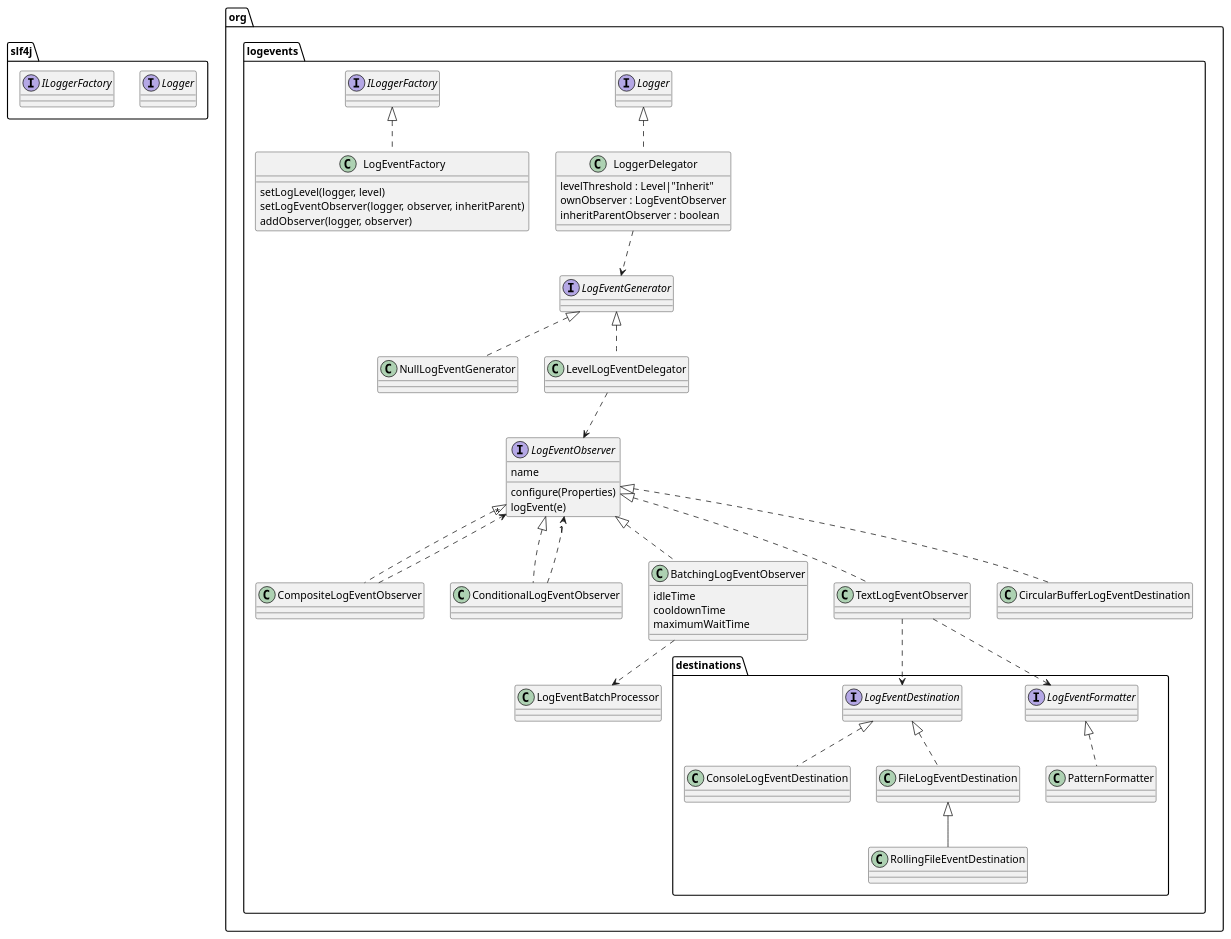
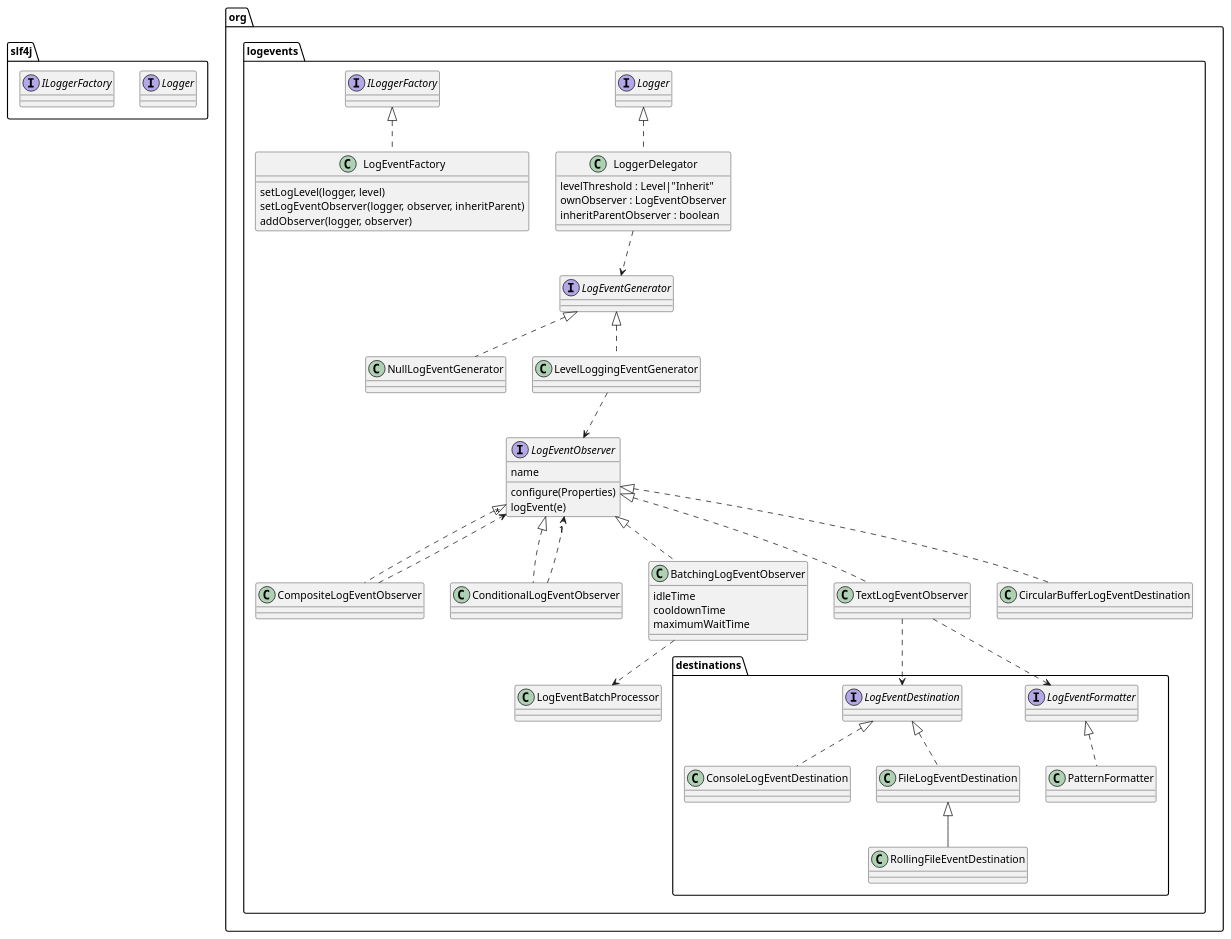
The diagram in doc/classes.puml (jhannes/logevents), drawn with PlantUML before and after one commit. The commit also changed 3 other files, not shown here.

Commit message:
Add some UML diagrams for documentation

```diff
--- a/doc/classes.puml
+++ b/doc/classes.puml
@@ -1,66 +1,66 @@
 @startuml
 
 package "slf4j" {
   interface Logger
   interface ILoggerFactory
 }
 
 package "org.logevents" {
 
 	class LoggerDelegator implements Logger {
 	  levelThreshold : Level|"Inherit"
 	  ownObserver : LogEventObserver
 	  inheritParentObserver : boolean
 	}
 	
 	class LogEventFactory implements ILoggerFactory {
 	  setLogLevel(logger, level)
 	  setLogEventObserver(logger, observer, inheritParent)
 	  addObserver(logger, observer)
 	}
 	
 	interface LogEventGenerator
 	LoggerDelegator ..> LogEventGenerator
 	
 	class NullLogEventGenerator implements LogEventGenerator
-	class LevelLogEventDelegator implements LogEventGenerator
+	class LevelLoggingEventGenerator implements LogEventGenerator
 	
 	interface LogEventObserver {
 	  name
 	  configure(Properties)
 	  logEvent(e)
 	}
-	LevelLogEventDelegator ..> LogEventObserver
+	LevelLoggingEventGenerator ..> LogEventObserver
 	
 	class CompositeLogEventObserver implements LogEventObserver
 	class ConditionalLogEventObserver implements LogEventObserver
 	class BatchingLogEventObserver implements LogEventObserver {
 	  idleTime
 	  cooldownTime
 	  maximumWaitTime
 	}
 	class TextLogEventObserver implements LogEventObserver
 	class CircularBufferLogEventDestination implements LogEventObserver
 	CompositeLogEventObserver ..> "*" LogEventObserver
 	ConditionalLogEventObserver ..> "1" LogEventObserver
 	
 	
 	package "destinations" {
 		interface LogEventFormatter
 		TextLogEventObserver ..> LogEventFormatter
 		class PatternFormatter implements LogEventFormatter
 		
 		interface LogEventDestination
 		TextLogEventObserver ..> LogEventDestination
 
 		class ConsoleLogEventDestination implements LogEventDestination
 		class FileLogEventDestination implements LogEventDestination
 		class RollingFileEventDestination extends FileLogEventDestination
 	}
 	
 	class LogEventBatchProcessor
 	BatchingLogEventObserver ..> LogEventBatchProcessor
 
 }
 	
 @enduml
```
